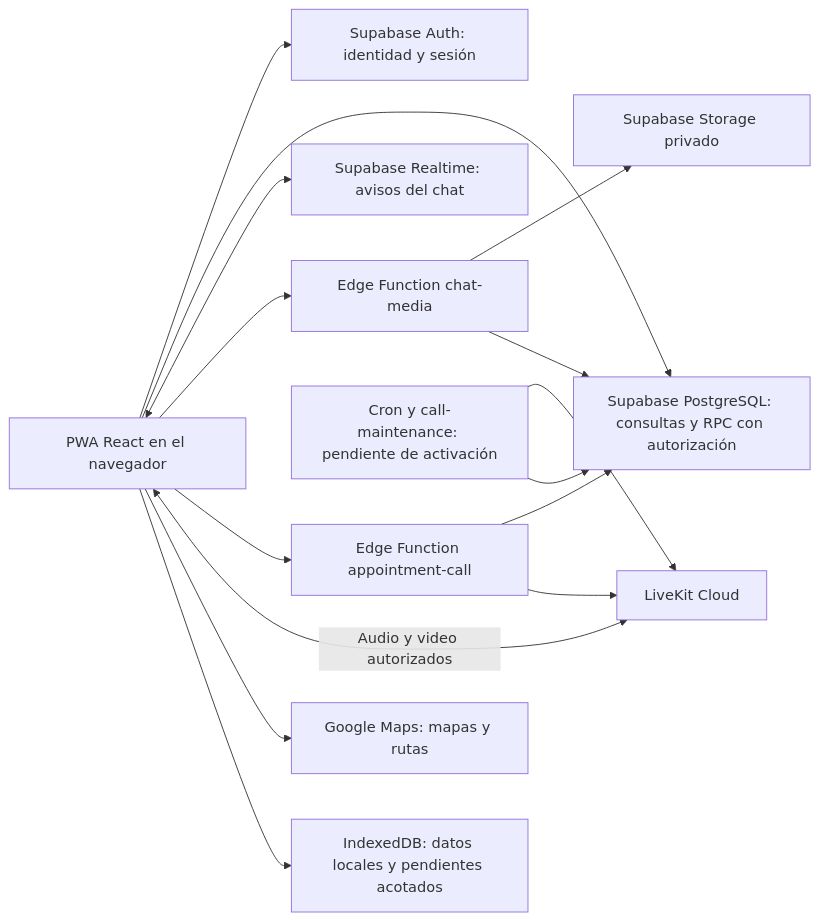
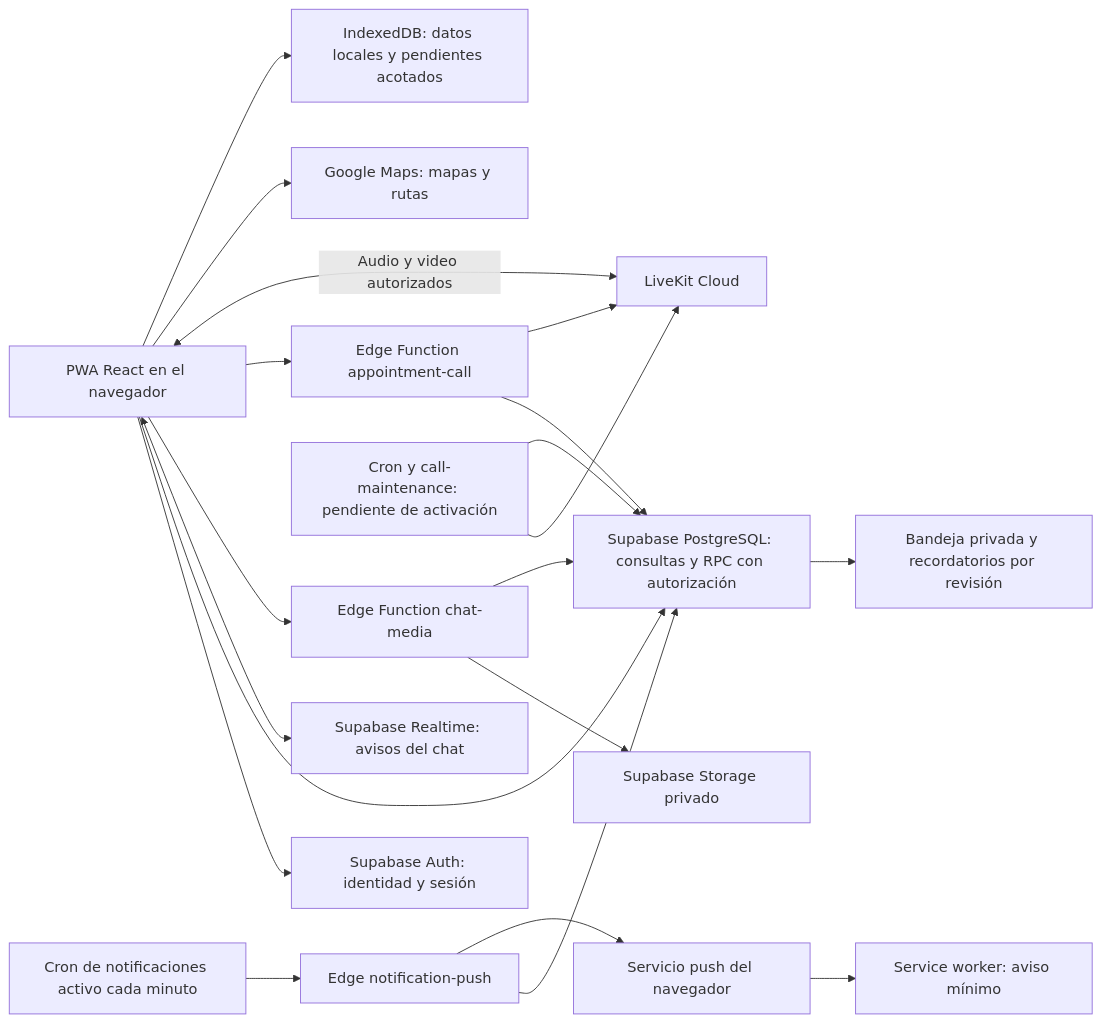
One commit to Luisen1/PWAVeterinaryServices changed the diagram in docs/funcionamiento-y-pruebas-de-la-aplicacion.md. Above: the diagram before and after it, drawn with Mermaid. The commit also changed other lines of this file and 7 other files, not shown here.

````diff
--- a/docs/funcionamiento-y-pruebas-de-la-aplicacion.md
+++ b/docs/funcionamiento-y-pruebas-de-la-aplicacion.md
@@ -29,17 +29,22 @@
 ```mermaid
 flowchart LR
   PWA["PWA React en el navegador"] --> AUTH["Supabase Auth: identidad y sesión"]
   PWA --> DB["Supabase PostgreSQL: consultas y RPC con autorización"]
   PWA <--> RT["Supabase Realtime: avisos del chat"]
   PWA --> MEDIA["Edge Function chat-media"]
   MEDIA --> STORAGE["Supabase Storage privado"]
   MEDIA --> DB
   PWA --> CALL["Edge Function appointment-call"]
   CALL --> DB
   CALL --> LK["LiveKit Cloud"]
   PWA <-->|"Audio y video autorizados"| LK
   CRON["Cron y call-maintenance: pendiente de activación"] --> LK
   CRON --> DB
   PWA --> MAPS["Google Maps: mapas y rutas"]
   PWA --> LOCAL["IndexedDB: datos locales y pendientes acotados"]
+  DB --> INBOX["Bandeja privada y recordatorios por revisión"]
+  PUSHCRON["Cron de notificaciones activo cada minuto"] --> PUSH["Edge notification-push"]
+  PUSH --> DB
+  PUSH --> PROVIDER["Servicio push del navegador"]
+  PROVIDER --> SW["Service worker: aviso mínimo"]
 ```
````
